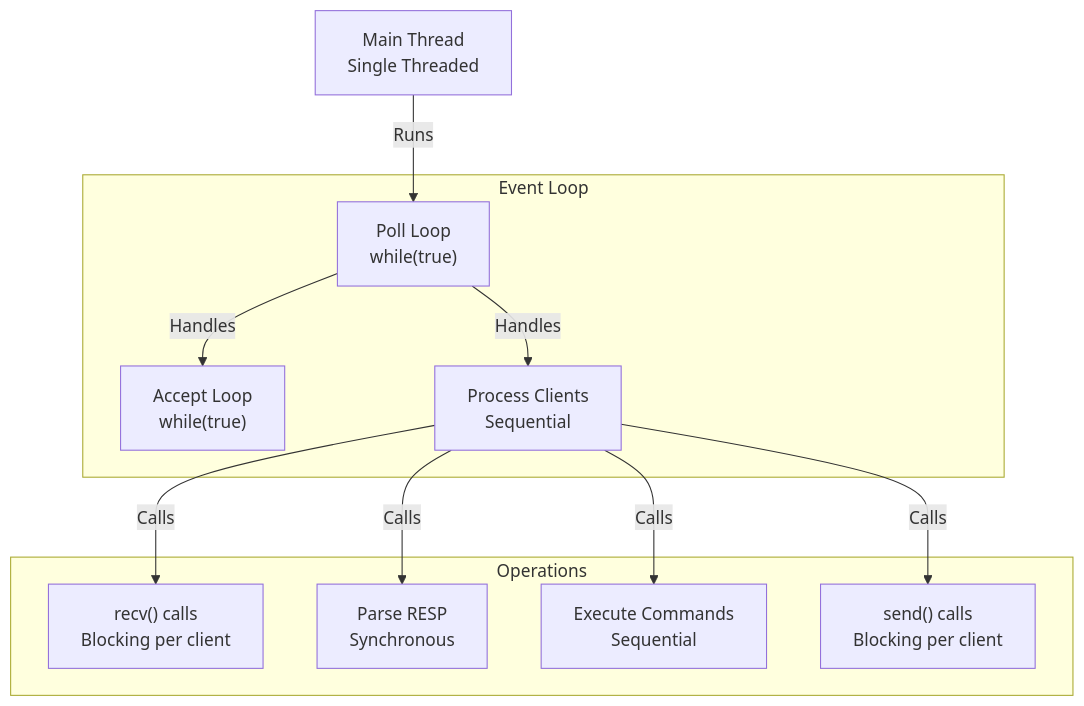
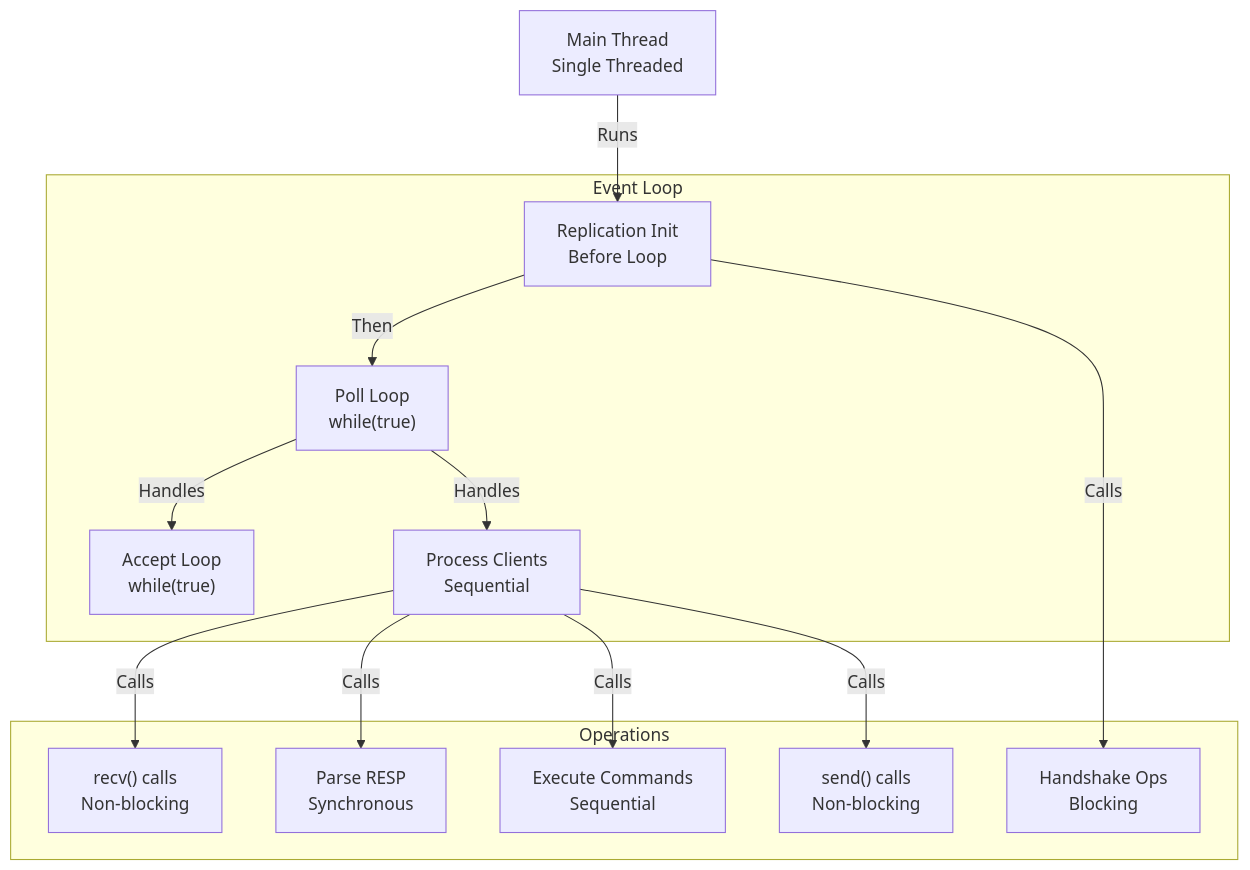
Before and after one commit to jsparrow08/redis-cpp: the fourth of 11 diagrams in src/CURRENT_ARCHITECTURE.md, drawn with Mermaid. The commit also changed other lines of this file and 11 other files, not shown here.

````diff
--- a/src/CURRENT_ARCHITECTURE.md
+++ b/src/CURRENT_ARCHITECTURE.md
@@ -105,26 +118,30 @@
 ```mermaid
 graph TB
     MAIN["Main Thread<br/>Single Threaded"]
 
     subgraph "Event Loop"
         POLL_LOOP["Poll Loop<br/>while(true)"]
         ACCEPT_LOOP["Accept Loop<br/>while(true)"]
         PROCESS_LOOP["Process Clients<br/>Sequential"]
+        REPL_INIT["Replication Init<br/>Before Loop"]
     end
 
     subgraph "Operations"
-        RECV["recv() calls<br/>Blocking per client"]
+        RECV["recv() calls<br/>Non-blocking"]
         PARSE["Parse RESP<br/>Synchronous"]
         EXECUTE["Execute Commands<br/>Sequential"]
-        SEND["send() calls<br/>Blocking per client"]
+        SEND["send() calls<br/>Non-blocking"]
+        HANDSHAKE["Handshake Ops<br/>Blocking"]
     end
 
-    MAIN -->|Runs| POLL_LOOP
+    MAIN -->|Runs| REPL_INIT
+    REPL_INIT -->|Then| POLL_LOOP
     POLL_LOOP -->|Handles| ACCEPT_LOOP
     POLL_LOOP -->|Handles| PROCESS_LOOP
 
     PROCESS_LOOP -->|Calls| RECV
     PROCESS_LOOP -->|Calls| PARSE
     PROCESS_LOOP -->|Calls| EXECUTE
     PROCESS_LOOP -->|Calls| SEND
+    REPL_INIT -->|Calls| HANDSHAKE
 ```
````
